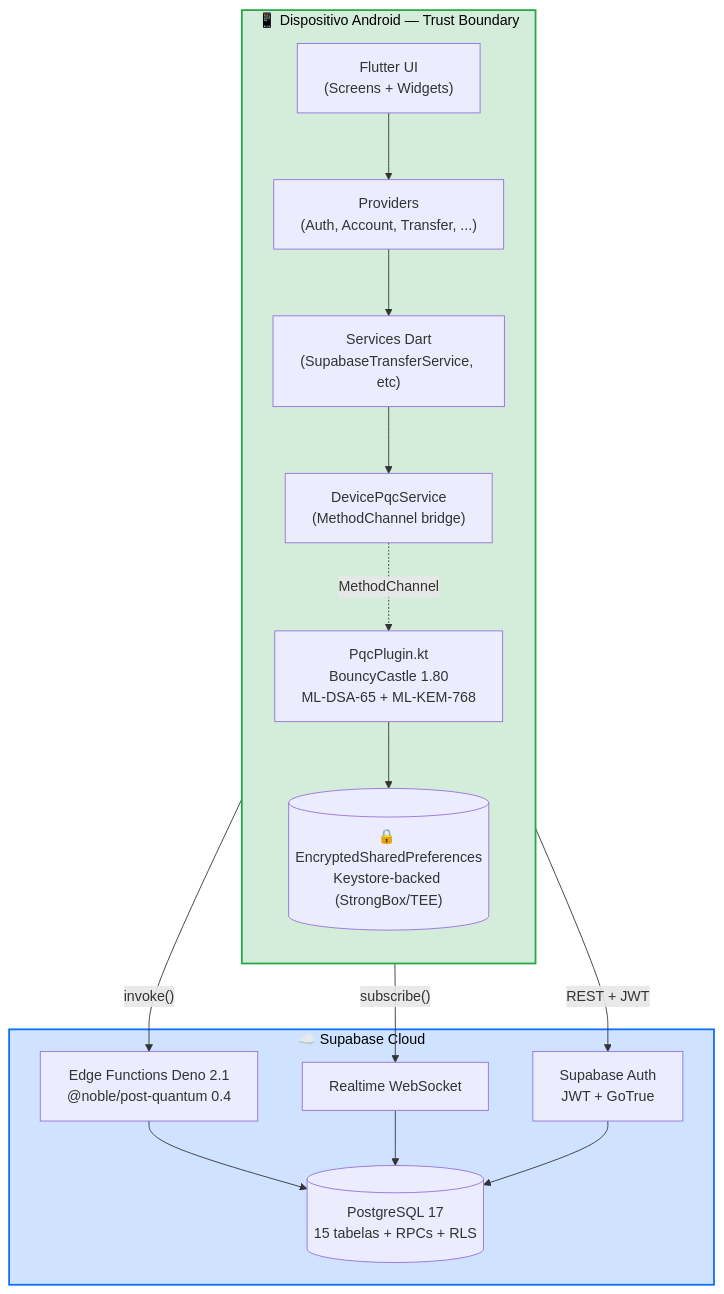
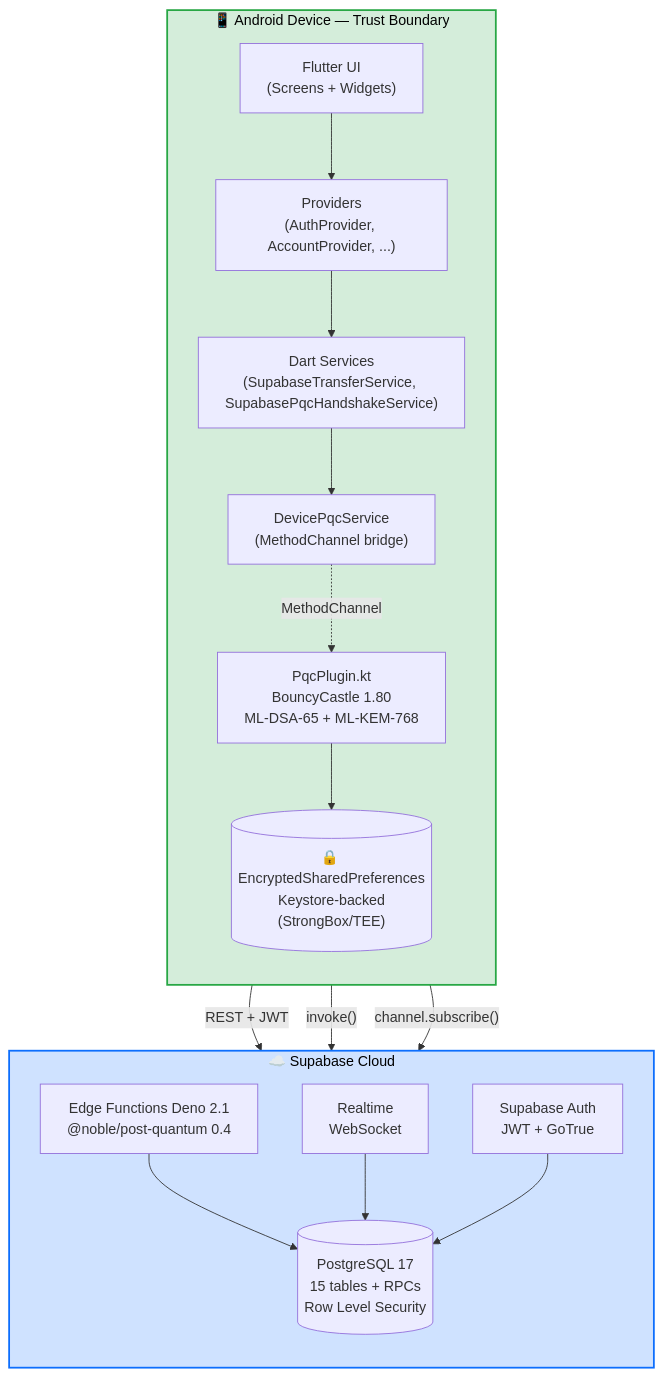
The first of 7 diagrams in README.md (VagnerBomJesus/BJBank), drawn with Mermaid before and after one commit. The commit also changed other lines of this file and 3 other files, not shown here.

Commit message:
docs(i18n): translate README + CHANGELOG + THESIS_READINESS + FUTURE_WORK to English + embed UML diagrams in README

````diff
--- a/README.md
+++ b/README.md
@@ -180,30 +267,37 @@
 ```mermaid
 flowchart TB
-    subgraph Dispositivo["📱 Dispositivo Android — Trust Boundary"]
+    subgraph Device["📱 Android Device — Trust Boundary"]
         direction TB
         UI["Flutter UI<br/>(Screens + Widgets)"]
-        Providers["Providers<br/>(Auth, Account, Transfer, ...)"]
-        Services["Services Dart<br/>(SupabaseTransferService, etc)"]
+        Providers["Providers<br/>(AuthProvider, AccountProvider, ...)"]
+        Services["Dart Services<br/>(SupabaseTransferService, SupabasePqcHandshakeService)"]
         DevicePqc["DevicePqcService<br/>(MethodChannel bridge)"]
         Native["PqcPlugin.kt<br/>BouncyCastle 1.80<br/>ML-DSA-65 + ML-KEM-768"]
-        Keystore[("🔒 EncryptedSharedPreferences<br/>Keystore-backed (StrongBox/TEE)")]
-        UI --> Providers --> Services --> DevicePqc
-        DevicePqc -.MethodChannel.-> Native --> Keystore
+        Keystore[("🔒 EncryptedSharedPreferences<br/>Keystore-backed<br/>(StrongBox/TEE)")]
+        UI --> Providers
+        Providers --> Services
+        Services --> DevicePqc
+        DevicePqc -.MethodChannel.-> Native
+        Native --> Keystore
     end
+
     subgraph Supabase["☁️ Supabase Cloud"]
+        direction TB
         EdgeFn["Edge Functions Deno 2.1<br/>@noble/post-quantum 0.4"]
-        Postgres[("PostgreSQL 17<br/>15 tabelas + RPCs + RLS")]
-        Realtime["Realtime WebSocket"]
+        Postgres[("PostgreSQL 17<br/>15 tables + RPCs<br/>Row Level Security")]
+        Realtime["Realtime<br/>WebSocket"]
         Auth["Supabase Auth<br/>JWT + GoTrue"]
         EdgeFn --> Postgres
         Realtime --> Postgres
         Auth --> Postgres
     end
+
     Services -- "REST + JWT" --> Auth
     Services -- "invoke()" --> EdgeFn
-    Services -- "subscribe()" --> Realtime
+    Services -- "channel.subscribe()" --> Realtime
+
     classDef trust fill:#d4edda,stroke:#28a745,stroke-width:2px,color:#000
     classDef cloud fill:#cfe2ff,stroke:#0d6efd,stroke-width:2px,color:#000
-    class Dispositivo trust
+    class Device trust
     class Supabase cloud
 ```
````
